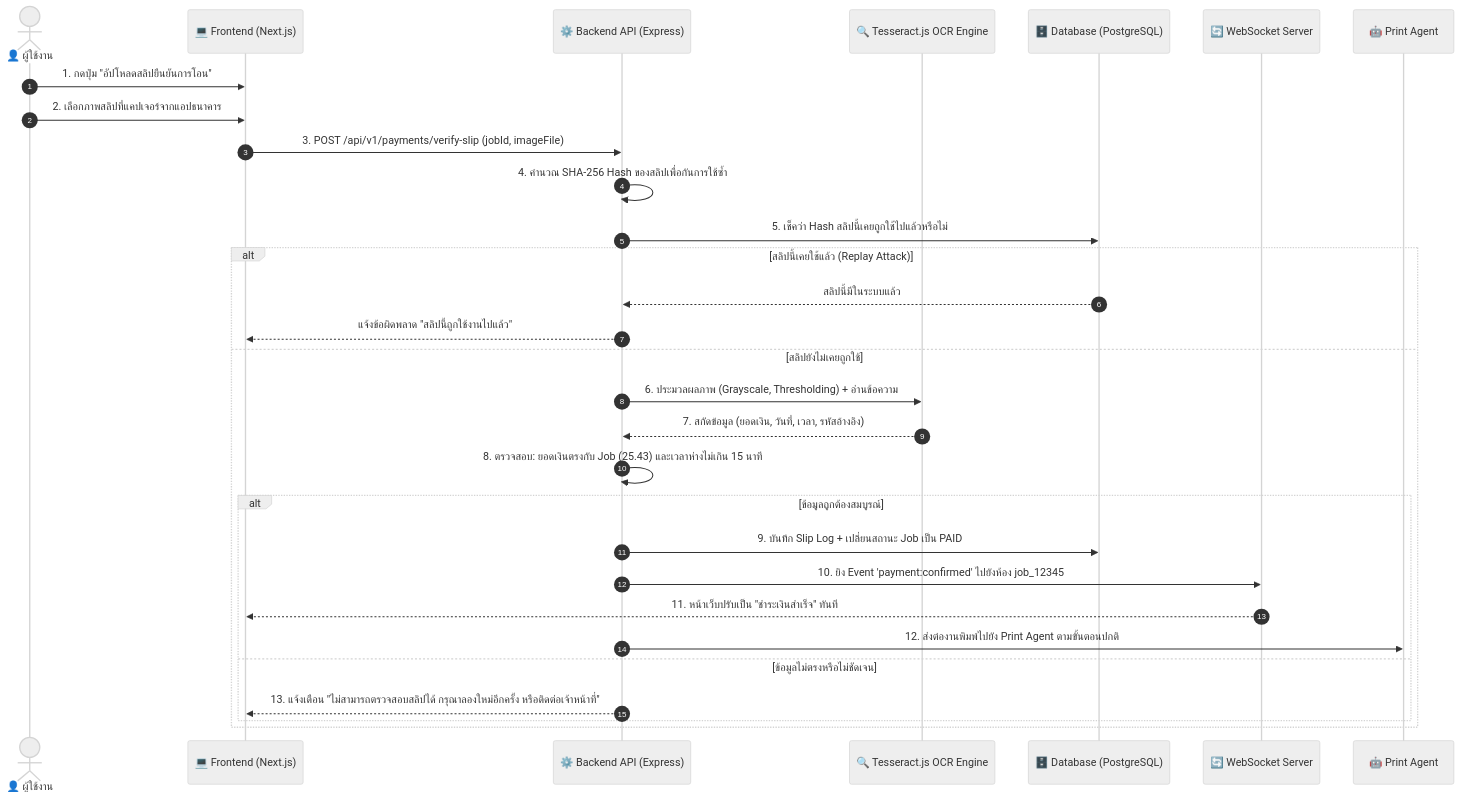
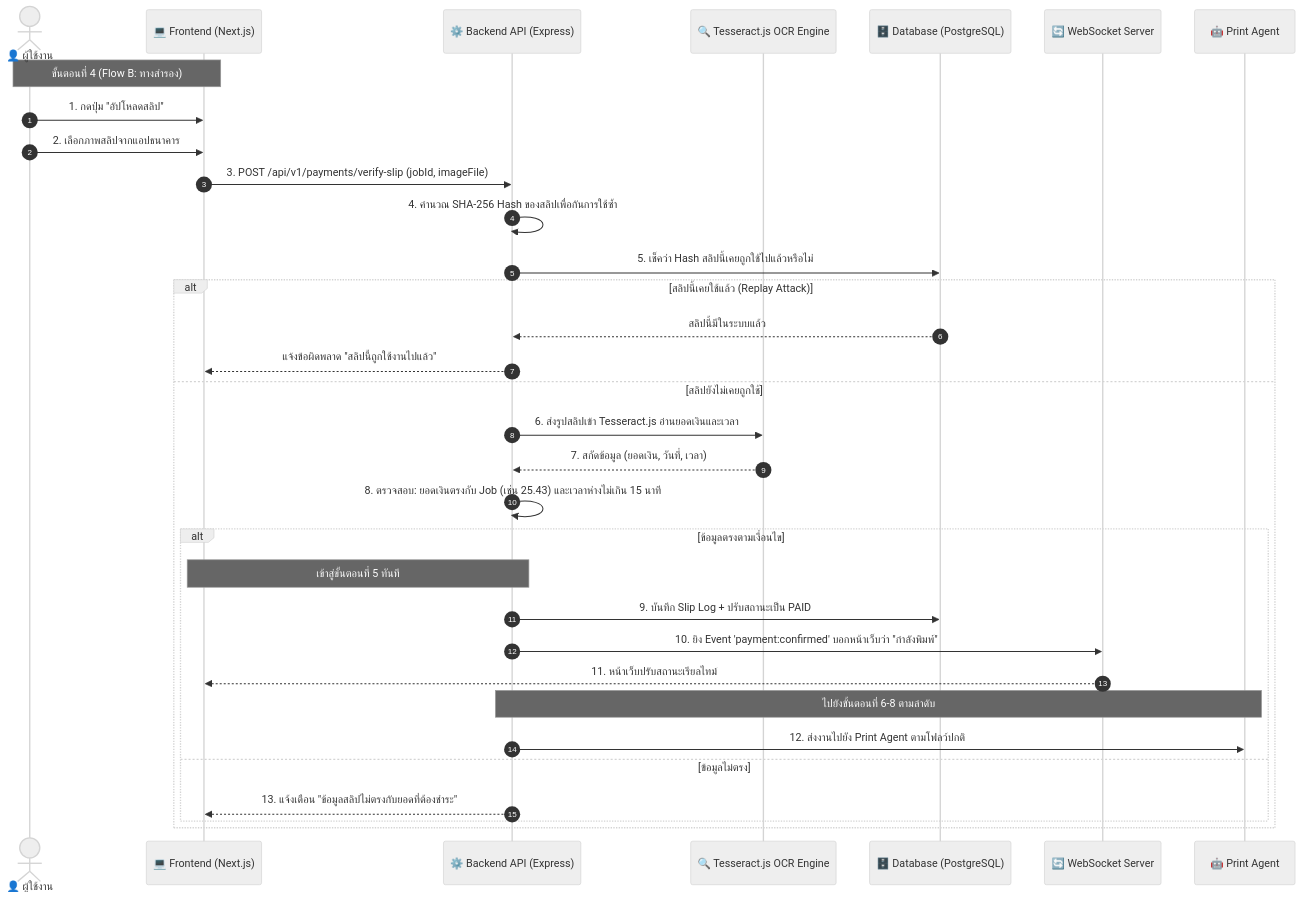
Before and after one commit to PichyyyNews/TCprinter: the second of 2 diagrams in docs/SYSTEM_DATA_FLOW.md, drawn with Mermaid (neutral theme). The commit also changed other lines of this file and 1 other file, not shown here.

Commit message:
docs: integrate 4 core modules and 8-step user journey data flow

````diff
--- a/docs/SYSTEM_DATA_FLOW.md
+++ b/docs/SYSTEM_DATA_FLOW.md
@@ -77,33 +110,36 @@
 ```mermaid
 sequenceDiagram
     autonumber
     actor User as 👤 ผู้ใช้งาน
     participant Web as 💻 Frontend (Next.js)
     participant API as ⚙️ Backend API (Express)
     participant OCR as 🔍 Tesseract.js OCR Engine
     participant DB as 🗄️ Database (PostgreSQL)
     participant WS as 🔄 WebSocket Server
     participant Agent as 🤖 Print Agent
 
-    User->>Web: 1. กดปุ่ม "อัปโหลดสลิปยืนยันการโอน"
-    User->>Web: 2. เลือกภาพสลิปที่แคปเจอร์จากแอปธนาคาร
+    Note over User,Web: ขั้นตอนที่ 4 (Flow B: ทางสำรอง)
+    User->>Web: 1. กดปุ่ม "อัปโหลดสลิป"
+    User->>Web: 2. เลือกภาพสลิปจากแอปธนาคาร
     Web->>API: 3. POST /api/v1/payments/verify-slip (jobId, imageFile)
     API->>API: 4. คำนวณ SHA-256 Hash ของสลิปเพื่อกันการใช้ซ้ำ
     API->>DB: 5. เช็คว่า Hash สลิปนี้เคยถูกใช้ไปแล้วหรือไม่
     alt สลิปนี้เคยใช้แล้ว (Replay Attack)
         DB-->>API: สลิปนี้มีในระบบแล้ว
         API-->>Web: แจ้งข้อผิดพลาด "สลิปนี้ถูกใช้งานไปแล้ว"
     else สลิปยังไม่เคยถูกใช้
-        API->>OCR: 6. ประมวลผลภาพ (Grayscale, Thresholding) + อ่านข้อความ
-        OCR-->>API: 7. สกัดข้อมูล (ยอดเงิน, วันที่, เวลา, รหัสอ้างอิง)
-        API->>API: 8. ตรวจสอบ: ยอดเงินตรงกับ Job (25.43) และเวลาห่างไม่เกิน 15 นาที
-        alt ข้อมูลถูกต้องสมบูรณ์
-            API->>DB: 9. บันทึก Slip Log + เปลี่ยนสถานะ Job เป็น PAID
-            API->>WS: 10. ยิง Event 'payment:confirmed' ไปยังห้อง job_12345
-            WS-->>Web: 11. หน้าเว็บปรับเป็น "ชำระเงินสำเร็จ" ทันที
-            API->>Agent: 12. ส่งต่องานพิมพ์ไปยัง Print Agent ตามขั้นตอนปกติ
-        else ข้อมูลไม่ตรงหรือไม่ชัดเจน
-            API-->>Web: 13. แจ้งเตือน "ไม่สามารถตรวจสอบสลิปได้ กรุณาลองใหม่อีกครั้ง หรือติดต่อเจ้าหน้าที่"
+        API->>OCR: 6. ส่งรูปสลิปเข้า Tesseract.js อ่านยอดเงินและเวลา
+        OCR-->>API: 7. สกัดข้อมูล (ยอดเงิน, วันที่, เวลา)
+        API->>API: 8. ตรวจสอบ: ยอดเงินตรงกับ Job (เช่น 25.43) และเวลาห่างไม่เกิน 15 นาที
+        alt ข้อมูลตรงตามเงื่อนไข
+            Note over API,Web: เข้าสู่ขั้นตอนที่ 5 ทันที
+            API->>DB: 9. บันทึก Slip Log + ปรับสถานะเป็น PAID
+            API->>WS: 10. ยิง Event 'payment:confirmed' บอกหน้าเว็บว่า "กำลังพิมพ์"
+            WS-->>Web: 11. หน้าเว็บปรับสถานะเรียลไทม์
+            Note over API,Agent: ไปยังขั้นตอนที่ 6-8 ตามลำดับ
+            API->>Agent: 12. ส่งงานไปยัง Print Agent ตามโฟลว์ปกติ
+        else ข้อมูลไม่ตรง
+            API-->>Web: 13. แจ้งเตือน "ข้อมูลสลิปไม่ตรงกับยอดที่ต้องชำระ"
         end
     end
 ```
````
